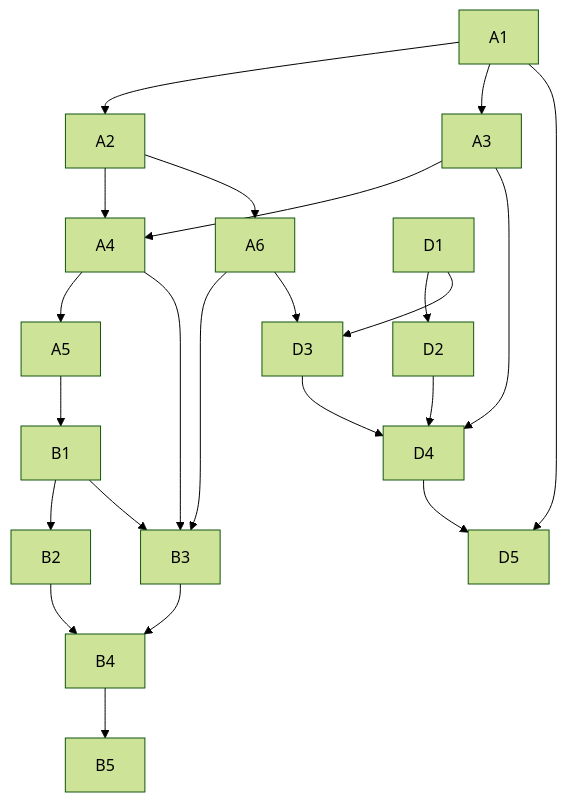
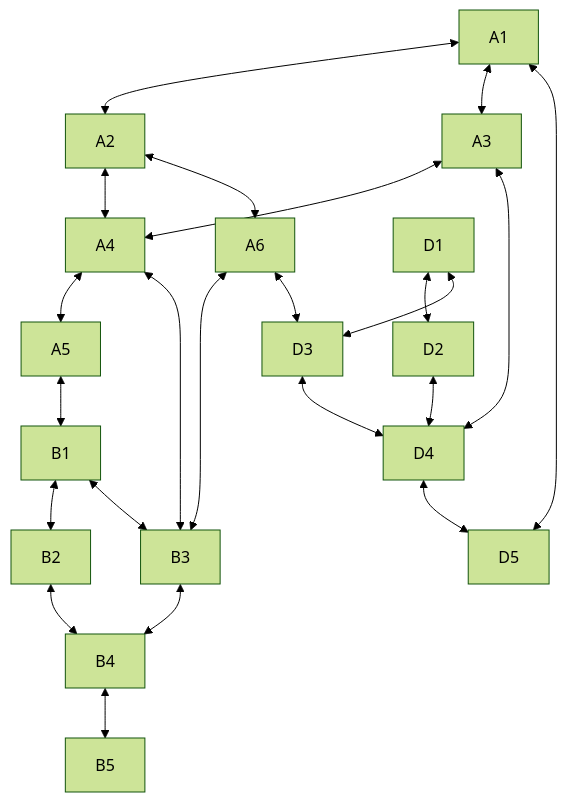
One commit to qiboteam/qibolab_platforms_qrc changed the diagram in qw11q/README.md. Above: the diagram before and after it, drawn with Mermaid (forest theme). The commit also changed 2 other files, not shown here.

Commit message:
fix: using bidirected edges

````diff
--- a/qw11q/README.md
+++ b/qw11q/README.md
@@ -10,25 +10,25 @@
 ```mermaid
 graph TD;
-    A1-->A2;
-    A1-->A3;
-    A1-->D5;
-    A2-->A4;
-    A2-->A6;
-    A3-->A4;
-    A3-->D4;
-    A4-->A5;
-    A4-->B3;
-    A5-->B1;
-    A6-->B3;
-    A6-->D3;
-    B1-->B2;
-    B1-->B3;
-    B2-->B4;
-    B3-->B4;
-    B4-->B5;
-    D1-->D2;
-    D1-->D3;
-    D2-->D4;
-    D3-->D4;
-    D4-->D5;
+    A1 <--> A2;
+    A1 <--> A3;
+    A1 <--> D5;
+    A2 <--> A4;
+    A2 <--> A6;
+    A3 <--> A4;
+    A3 <--> D4;
+    A4 <--> A5;
+    A4 <--> B3;
+    A5 <--> B1;
+    A6 <--> B3;
+    A6 <--> D3;
+    B1 <--> B2;
+    B1 <--> B3;
+    B2 <--> B4;
+    B3 <--> B4;
+    B4 <--> B5;
+    D1 <--> D2;
+    D1 <--> D3;
+    D2 <--> D4;
+    D3 <--> D4;
+    D4 <--> D5;
 ```
````
